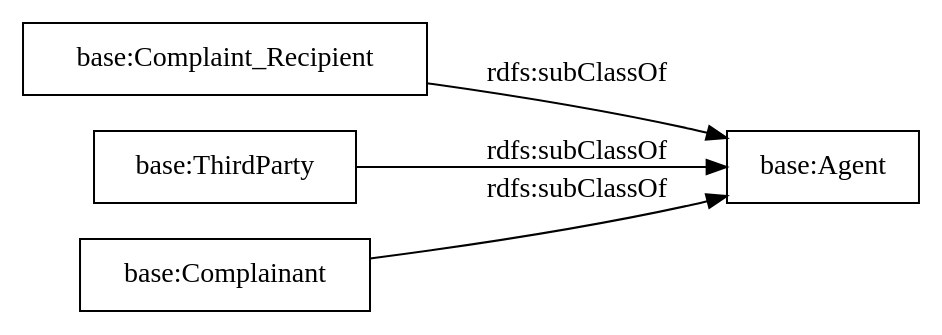
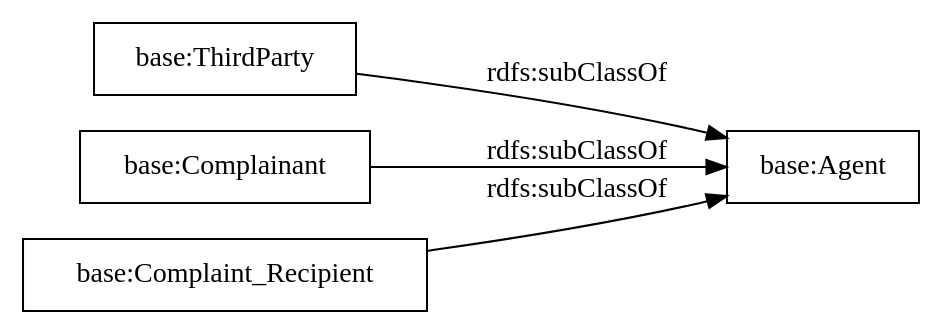
The diagram in OnToology/cop.owl/diagrams/ar2dtool-taxonomy/cop.owl.png.dot (vroddon/cop), drawn with Graphviz before and after one commit. The commit also changed 19 other files, not shown here.

```diff
--- a/OnToology/cop.owl/diagrams/ar2dtool-taxonomy/cop.owl.png.dot
+++ b/OnToology/cop.owl/diagrams/ar2dtool-taxonomy/cop.owl.png.dot
@@ -1,9 +1,9 @@
 digraph ar2dtool_diagram { 
 rankdir=LR;
 size="1000"
-node [shape = rectangle, color="black"]; "base:Agent" "base:Complaint_Recipient" "base:ThirdParty" "base:Complainant" ; /*classes style*/
+node [shape = rectangle, color="black"]; "base:ThirdParty" "base:Agent" "base:Complainant" "base:Complaint_Recipient" ; /*classes style*/
+	"base:Complaint_Recipient" -> "base:Agent" [ label = "rdfs:subClassOf" ];
 	"base:ThirdParty" -> "base:Agent" [ label = "rdfs:subClassOf" ];
 	"base:Complainant" -> "base:Agent" [ label = "rdfs:subClassOf" ];
-	"base:Complaint_Recipient" -> "base:Agent" [ label = "rdfs:subClassOf" ];
 
 }
```
